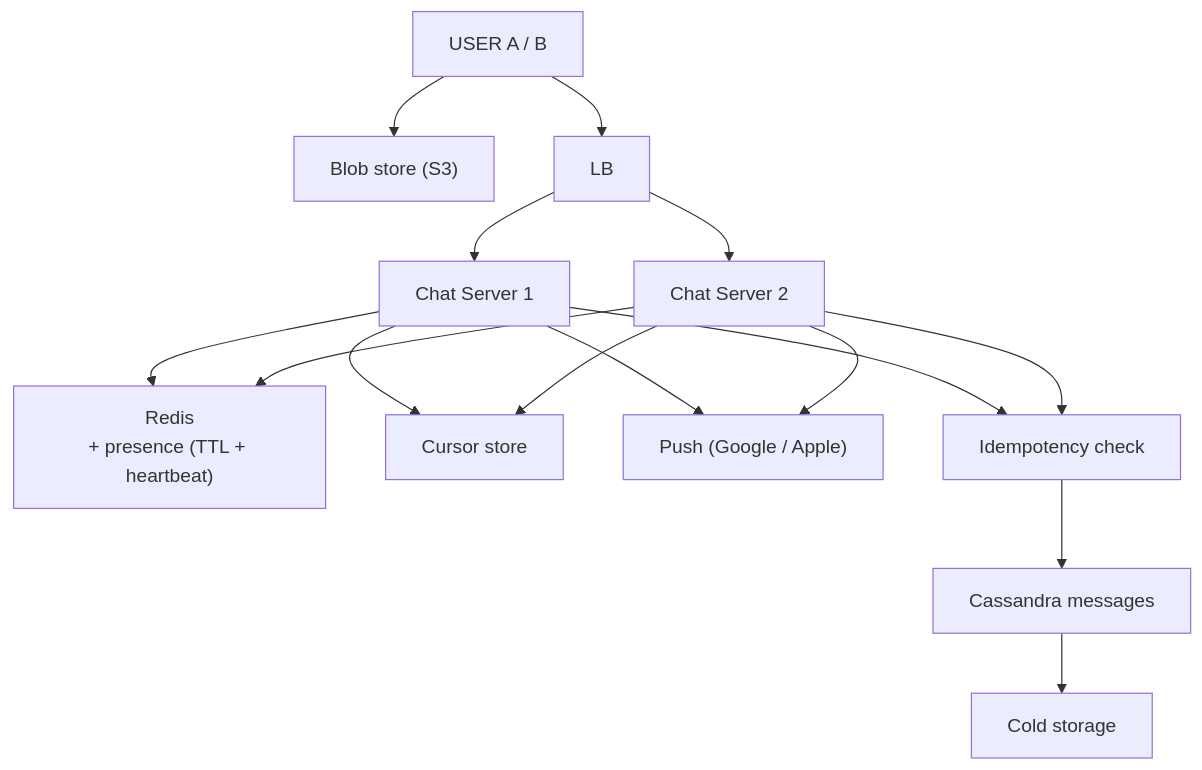
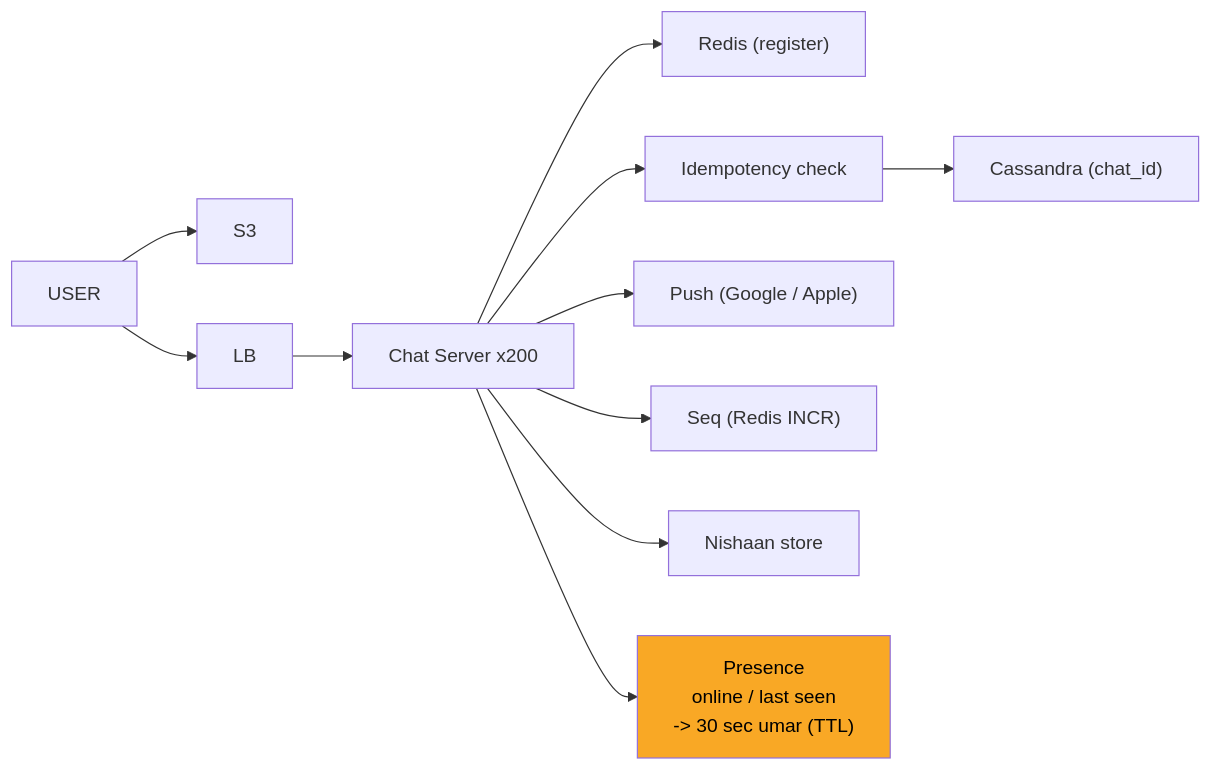
Before and after one commit to ArpanMaheshwari144/Prep: diagram 11 of 12 in 04_HLD/SYSTEM_DESIGNS/14_chat_messaging/14_chat_messaging.md, drawn with Mermaid. The commit also changed other lines of this file, not shown here.

Commit message:
chat: one-day story, short cards, follow-ups with rules, highlighted diagrams

````diff
--- a/04_HLD/SYSTEM_DESIGNS/14_chat_messaging/14_chat_messaging.md
+++ b/04_HLD/SYSTEM_DESIGNS/14_chat_messaging/14_chat_messaging.md
@@ -586,28 +453,25 @@
 ```mermaid
-flowchart TD
-    n_USER_A_B["USER A / B"]
-    n_Blob_store_S3["Blob store (S3)"]
+flowchart LR
+    n_S3["S3"]
+    n_U["USER"]
     n_LB["LB"]
-    n_Chat_Server_x_200_1["Chat Server 1"]
-    n_Chat_Server_x_200_2["Chat Server 2"]
-    n_Redis["Redis<br/>+ presence (TTL + heartbeat)"]
-    n_Cursor_store["Cursor store"]
-    n_Push_Google_Apple["Push (Google / Apple)"]
-    n_Idempotency_check["Idempotency check"]
-    n_Cassandra_messages["Cassandra messages"]
-    n_Cold_storage["Cold storage"]
-    n_USER_A_B --> n_Blob_store_S3
-    n_USER_A_B --> n_LB
-    n_LB --> n_Chat_Server_x_200_1
-    n_LB --> n_Chat_Server_x_200_2
-    n_Chat_Server_x_200_1 --> n_Redis
-    n_Chat_Server_x_200_2 --> n_Redis
-    n_Chat_Server_x_200_1 --> n_Idempotency_check
-    n_Chat_Server_x_200_2 --> n_Idempotency_check
-    n_Chat_Server_x_200_1 --> n_Cursor_store
-    n_Chat_Server_x_200_2 --> n_Cursor_store
-    n_Chat_Server_x_200_1 --> n_Push_Google_Apple
-    n_Chat_Server_x_200_2 --> n_Push_Google_Apple
-    n_Idempotency_check --> n_Cassandra_messages
-    n_Cassandra_messages --> n_Cold_storage
+    n_CS["Chat Server x200"]
+    n_R["Redis (register)"]
+    n_I["Idempotency check"]
+    n_CA["Cassandra (chat_id)"]
+    n_P["Push (Google / Apple)"]
+    n_SQ["Seq (Redis INCR)"]
+    n_NS["Nishaan store"]
+    n_PR["Presence<br/>online / last seen<br/>-> 30 sec umar (TTL)"]
+    n_U --> n_S3
+    n_U --> n_LB
+    n_LB --> n_CS
+    n_CS --> n_R
+    n_CS --> n_I
+    n_I --> n_CA
+    n_CS --> n_P
+    n_CS --> n_SQ
+    n_CS --> n_NS
+    n_CS --> n_PR
+    style n_PR fill:#f9a825,color:#000
 ```
````
